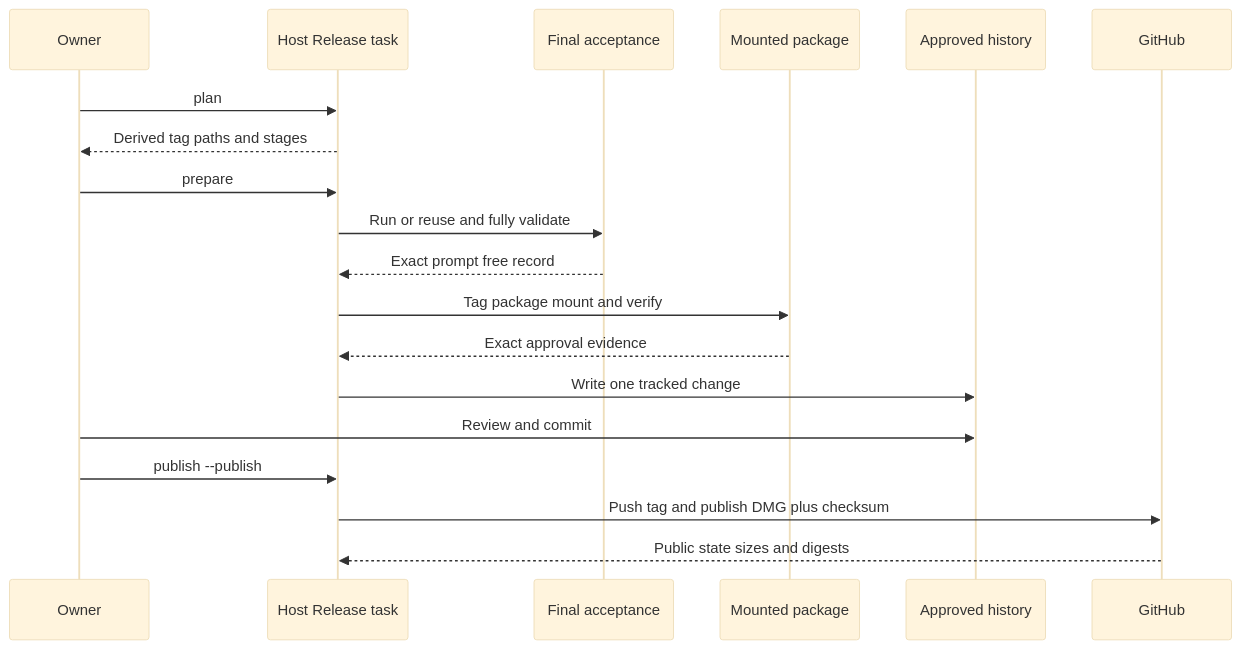
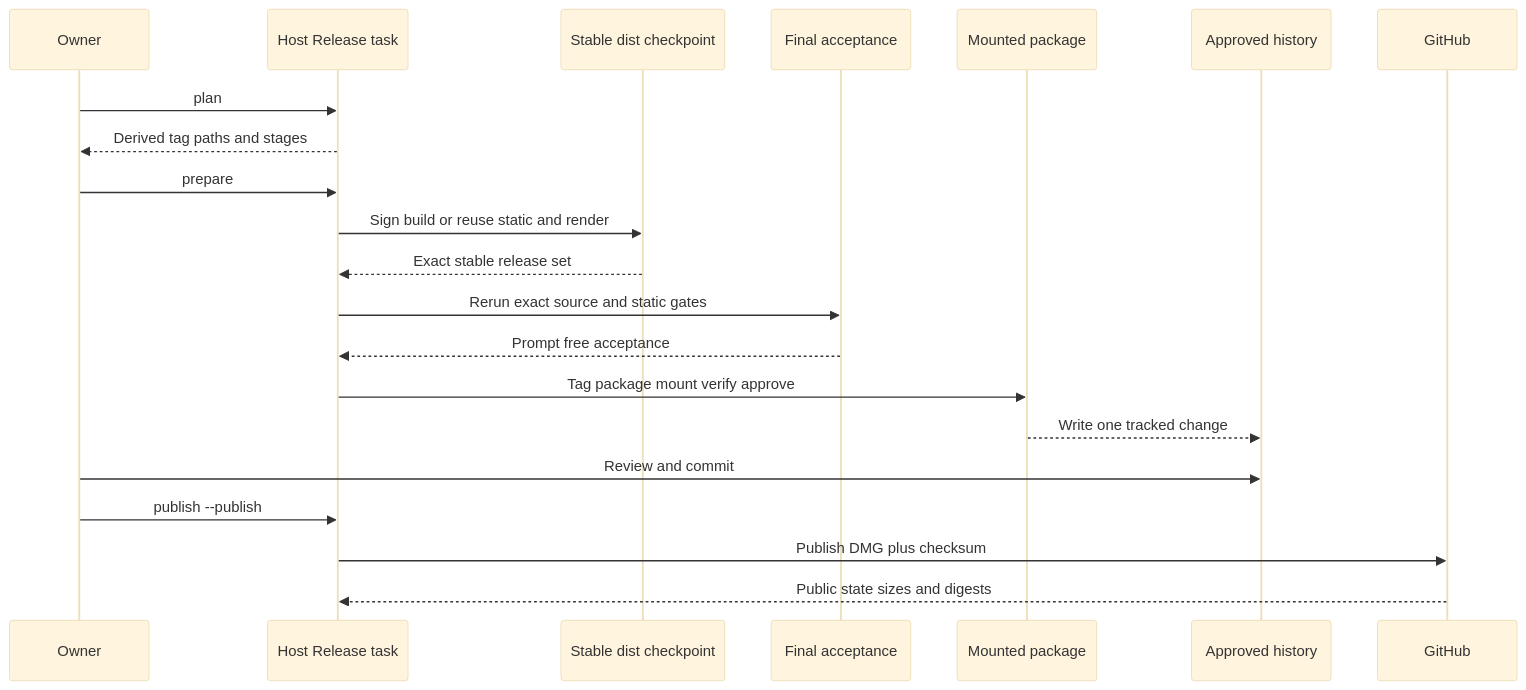
The diagram in wiki/flows/package-and-publish-host-release.md (alexwck/dbcode-wrapper), drawn with Mermaid (base theme) before and after one commit. The commit also changed other lines of this file and 10 other files, not shown here.

````diff
--- a/wiki/flows/package-and-publish-host-release.md
+++ b/wiki/flows/package-and-publish-host-release.md
@@ -24,21 +26,23 @@
 ```mermaid
 sequenceDiagram
   participant Owner
   participant Task as Host Release task
+  participant Build as Stable dist checkpoint
   participant Accept as Final acceptance
   participant Package as Mounted package
   participant History as Approved history
   participant GitHub
   Owner->>Task: plan
   Task-->>Owner: Derived tag paths and stages
   Owner->>Task: prepare
-  Task->>Accept: Run or reuse and fully validate
-  Accept-->>Task: Exact prompt free record
-  Task->>Package: Tag package mount and verify
-  Package-->>Task: Exact approval evidence
-  Task->>History: Write one tracked change
+  Task->>Build: Sign build or reuse static and render
+  Build-->>Task: Exact stable release set
+  Task->>Accept: Rerun exact source and static gates
+  Accept-->>Task: Prompt free acceptance
+  Task->>Package: Tag package mount verify approve
+  Package-->>History: Write one tracked change
   Owner->>History: Review and commit
   Owner->>Task: publish --publish
-  Task->>GitHub: Push tag and publish DMG plus checksum
+  Task->>GitHub: Publish DMG plus checksum
   GitHub-->>Task: Public state sizes and digests
 ```
````
